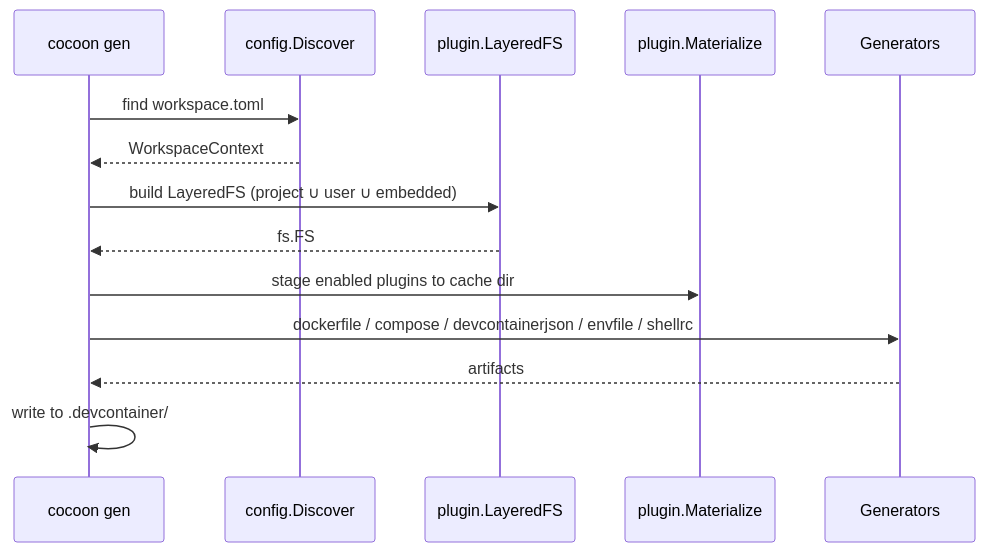
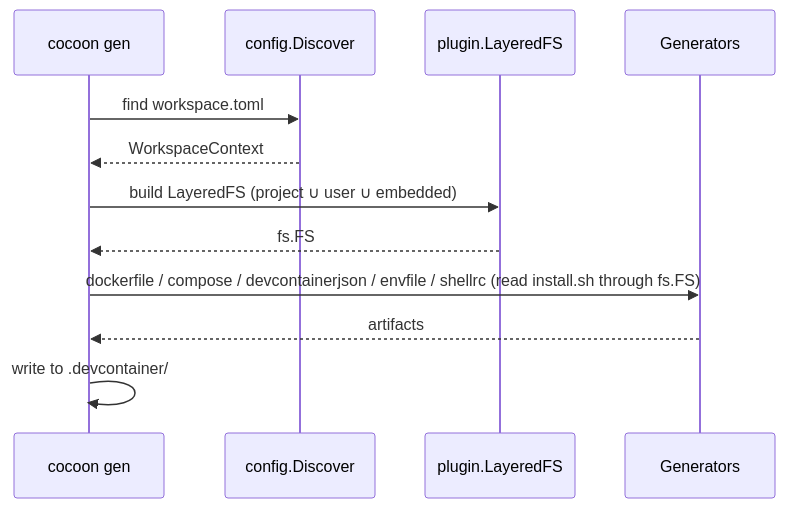
One commit to sukekyo26/cocoon changed the third of 3 diagrams in docs/architecture.md. Above: the diagram before and after it, drawn with Mermaid. The commit also changed other lines of this file and 23 other files, not shown here.

````diff
--- a/docs/architecture.md
+++ b/docs/architecture.md
@@ -61,16 +59,14 @@
 ```mermaid
 sequenceDiagram
     participant cli as cocoon gen
     participant cfg as config.Discover
     participant fs as plugin.LayeredFS
-    participant mat as plugin.Materialize
     participant gen as Generators
     cli->>cfg: find workspace.toml
     cfg-->>cli: WorkspaceContext
     cli->>fs: build LayeredFS (project ∪ user ∪ embedded)
     fs-->>cli: fs.FS
-    cli->>mat: stage enabled plugins to cache dir
-    cli->>gen: dockerfile / compose / devcontainerjson / envfile / shellrc
+    cli->>gen: dockerfile / compose / devcontainerjson / envfile / shellrc (read install.sh through fs.FS)
     gen-->>cli: artifacts
     cli->>cli: write to .devcontainer/
 ```
````
